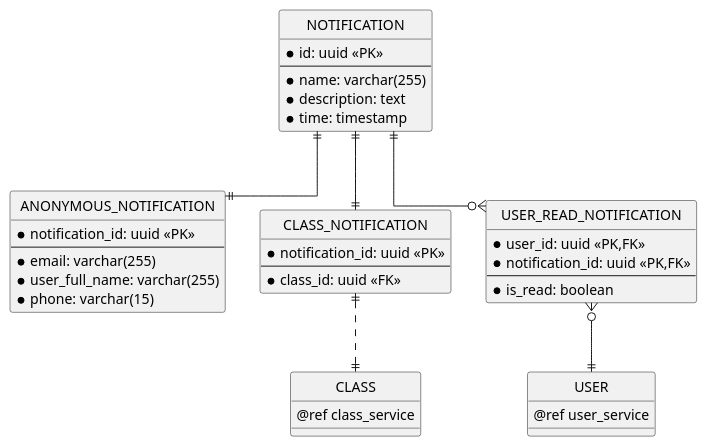
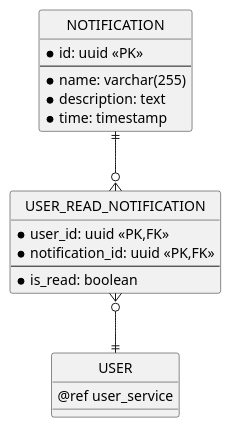
Before and after one commit to chungnguyenbkcse/ERD-USECASE-KIDSDRAWING: diagram 12 of 12 in erd.md, drawn with PlantUML. The commit also changed 1 other file, not shown here.

Commit message:
fix notification

````diff
--- a/erd.md
+++ b/erd.md
@@ -719,54 +719,34 @@
 ```plantuml
 @startuml notification_service
 ' hide the spot
 hide circle
 
 ' avoid problems with angled crows feet
 skinparam linetype ortho
 
 entity "USER" as user {
     @ref user_service
 }
 
-entity "CLASS" as class {
-    @ref class_service
-}
 
 entity "NOTIFICATION" as notification {
     * id: uuid <<PK>>
     --
     * name: varchar(255)
     * description: text
     * time: timestamp
-}
-
-entity "ANONYMOUS_NOTIFICATION" as anonymous_notification {
-    * notification_id: uuid <<PK>>
-    --
-    * email: varchar(255)
-    * user_full_name: varchar(255)
-    * phone: varchar(15)
-}
-
-entity "CLASS_NOTIFICATION" as class_notification {
-    * notification_id: uuid <<PK>>
-    --
-    * class_id: uuid <<FK>>
 }
 
 entity "USER_READ_NOTIFICATION" as user_read_notification {
     * user_id: uuid <<PK,FK>>
     * notification_id: uuid <<PK,FK>>
     --
     * is_read: boolean
 }
 
 ' Notification Relationship
 
-notification ||--|| anonymous_notification
-notification ||--|| class_notification
 notification ||--o{ user_read_notification
-class_notification ||..|| class
 user_read_notification }o--|| user
 @enduml
 ```
````
